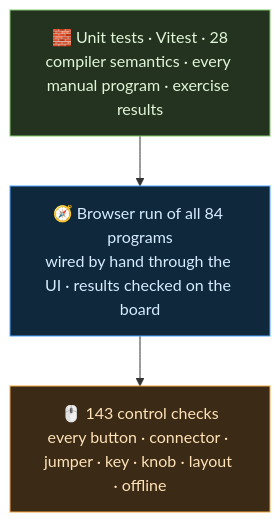
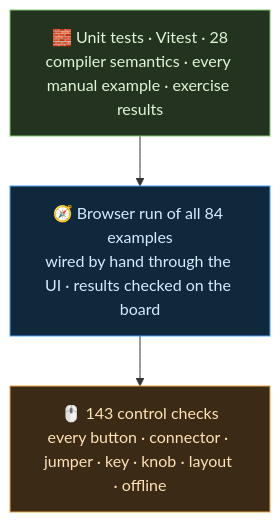
The tenth of 10 diagrams in README.md (siddhaantxsingh/LPC1768), drawn with Mermaid before and after one commit. The commit also changed other lines of this file and 10 other files, not shown here.

First line of the commit message:
Type your own register/memory inputs in the assembly experiments; 'programs' -> 'examples'

````diff
--- a/README.md
+++ b/README.md
@@ -357,9 +388,9 @@
 ```mermaid
 flowchart TB
-    U["🧱 Unit tests · Vitest · 28<br/>compiler semantics · every manual program · exercise results"] --> P["🧭 Browser run of all 84 programs<br/>wired by hand through the UI · results checked on the board"]
+    U["🧱 Unit tests · Vitest · 28<br/>compiler semantics · every manual example · exercise results"] --> P["🧭 Browser run of all 84 examples<br/>wired by hand through the UI · results checked on the board"]
     P --> C["🖱️ 143 control checks<br/>every button · connector · jumper · key · knob · layout · offline"]
 
     style U fill:#24331f,stroke:#7fc66b,color:#e1f5d8
     style P fill:#10283b,stroke:#4da3ff,color:#d6ecff
     style C fill:#3b2a15,stroke:#f0a544,color:#ffe2b8
 ```
````
